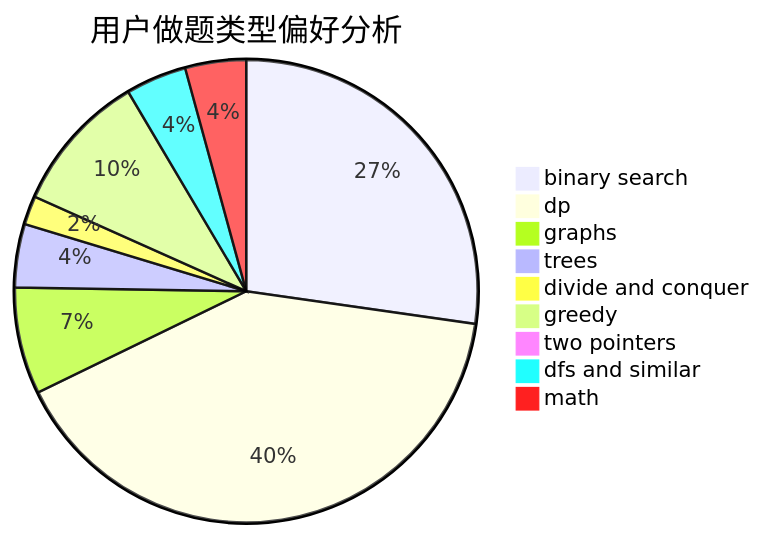
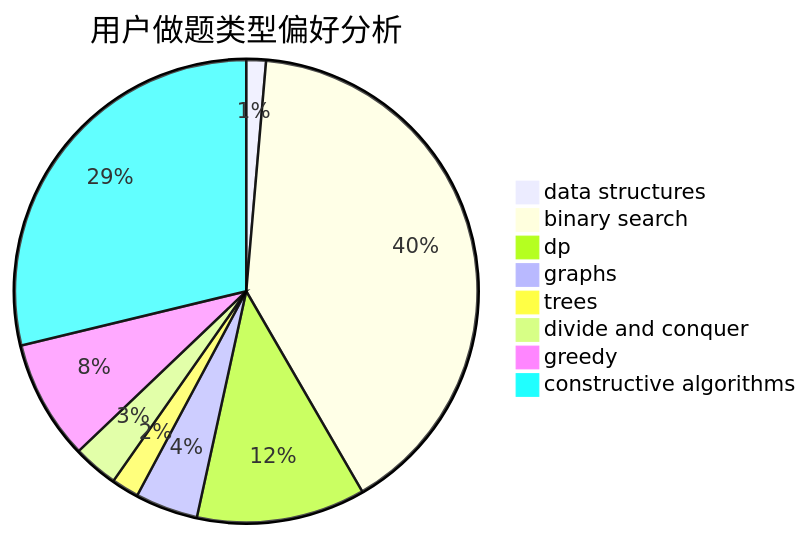
The second of 3 diagrams in docs/user/u1544.md (sherpahu/cfrs.github.io), drawn with Mermaid before and after one commit. The commit also changed other lines of this file and 2775 other files, not shown here.

````diff
--- a/docs/user/u1544.md
+++ b/docs/user/u1544.md
@@ -23,12 +23,11 @@
 ```mermaid
 pie title 用户做题类型偏好分析
-    "binary search" :  314
-    "dp" :  467
-    "graphs" :  86
-    "trees" :  51
+    "data structures" :  10
+    "binary search" :  294
+    "dp" :  86
+    "graphs" :  32
+    "trees" :  14
     "divide and conquer" :  23
-    "greedy" :  113
-    "two pointers" :  9
-    "dfs and similar" :  49
-    "math" :  49
+    "greedy" :  61
+    "constructive algorithms" :  210
 ```
````
